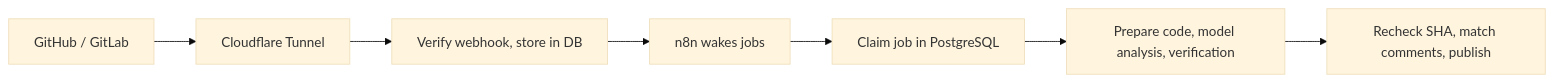
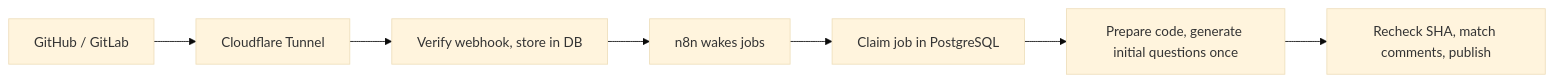
Before and after one commit to thisis-joe/codereviewbot: the diagram in README.en.md, drawn with Mermaid (base theme). The commit also changed other lines of this file and 5 other files, not shown here.

````diff
--- a/README.en.md
+++ b/README.en.md
@@ -42,9 +42,9 @@
 ```mermaid
 flowchart LR
   Git[GitHub / GitLab] --> Tunnel[Cloudflare Tunnel]
   Tunnel --> API[Verify webhook, store in DB]
   API --> N8N[n8n wakes jobs]
   N8N --> Queue[Claim job in PostgreSQL]
-  Queue --> Review[Prepare code, model analysis, verification]
-  Review --> Publish[Recheck SHA, match comments, publish]
+  Queue --> Questions[Prepare code, generate initial questions once]
+  Questions --> Publish[Recheck SHA, match comments, publish]
 ```
````
